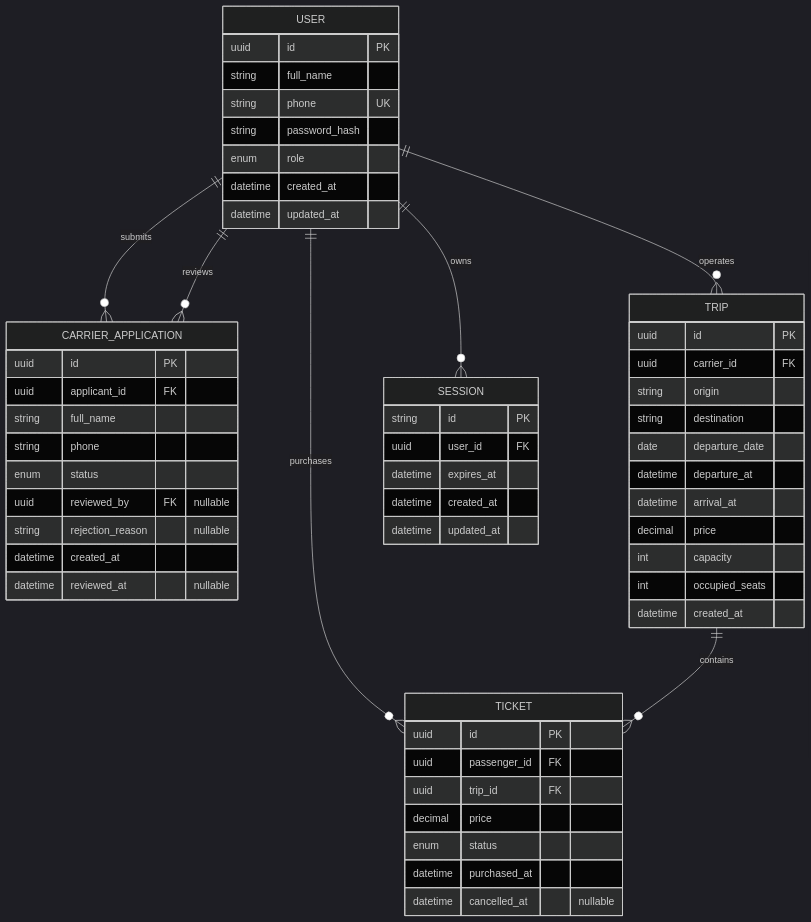
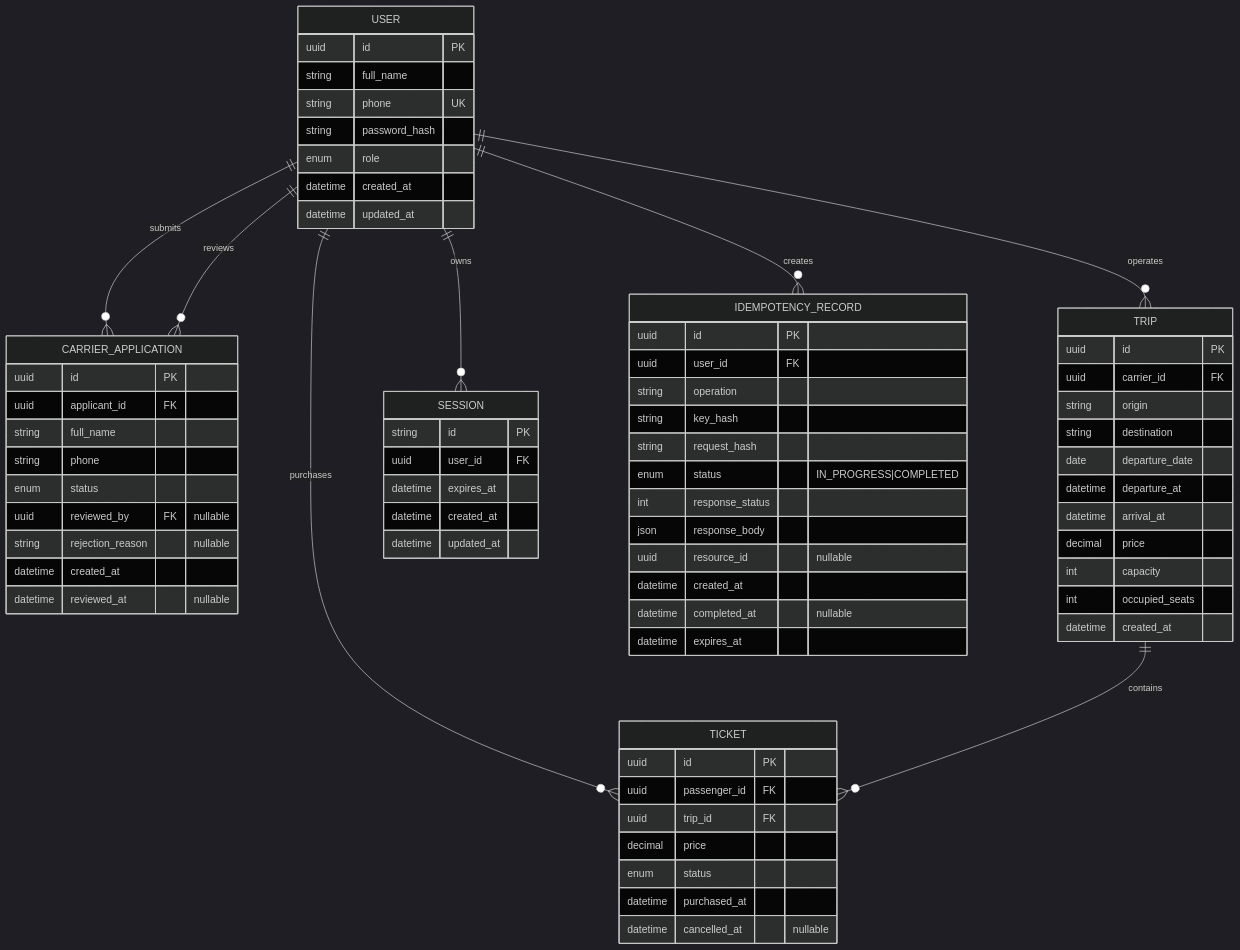
The diagram in docs/er-diagram.md (yur25/AutobusUA), drawn with Mermaid (dark theme) before and after one commit. The commit also changed other lines of this file and 15 other files, not shown here.

````diff
--- a/docs/er-diagram.md
+++ b/docs/er-diagram.md
@@ -9,63 +10,79 @@
 ```mermaid
 erDiagram
     USER ||--o{ CARRIER_APPLICATION : submits
     USER ||--o{ TRIP : operates
     USER ||--o{ TICKET : purchases
     USER ||--o{ SESSION : owns
     USER ||--o{ CARRIER_APPLICATION : reviews
+    USER ||--o{ IDEMPOTENCY_RECORD : creates
     TRIP ||--o{ TICKET : contains
 
     USER {
         uuid id PK
         string full_name
         string phone UK
         string password_hash
         enum role
         datetime created_at
         datetime updated_at
     }
 
     CARRIER_APPLICATION {
         uuid id PK
         uuid applicant_id FK
         string full_name
         string phone
         enum status
         uuid reviewed_by FK "nullable"
         string rejection_reason "nullable"
         datetime created_at
         datetime reviewed_at "nullable"
     }
 
     TRIP {
         uuid id PK
         uuid carrier_id FK
         string origin
         string destination
         date departure_date
         datetime departure_at
         datetime arrival_at
         decimal price
         int capacity
         int occupied_seats
         datetime created_at
     }
 
     TICKET {
         uuid id PK
         uuid passenger_id FK
         uuid trip_id FK
         decimal price
         enum status
         datetime purchased_at
         datetime cancelled_at "nullable"
     }
 
     SESSION {
         string id PK
         uuid user_id FK
         datetime expires_at
         datetime created_at
         datetime updated_at
     }
+
+    IDEMPOTENCY_RECORD {
+        uuid id PK
+        uuid user_id FK
+        string operation
+        string key_hash
+        string request_hash
+        enum status "IN_PROGRESS|COMPLETED"
+        int response_status
+        json response_body
+        uuid resource_id "nullable"
+        datetime created_at
+        datetime completed_at "nullable"
+        datetime expires_at
+    }
 ```
````
